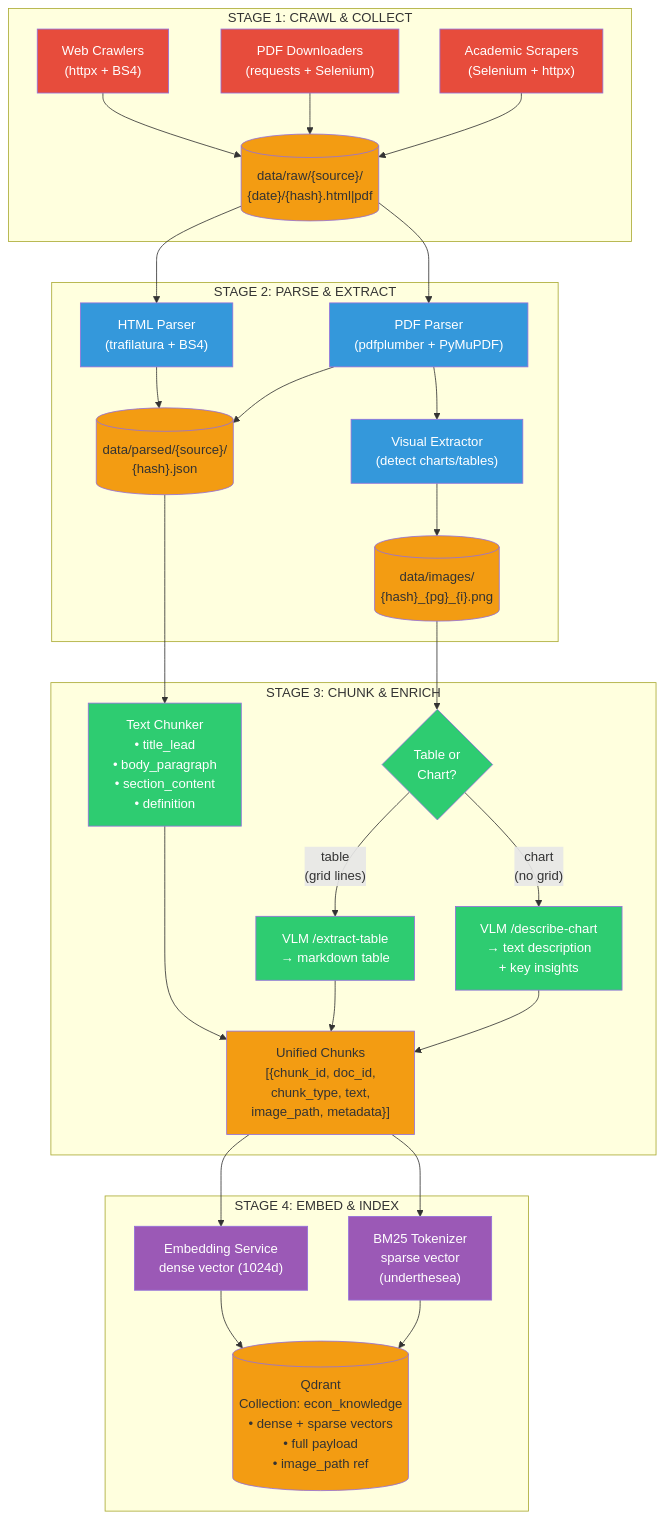
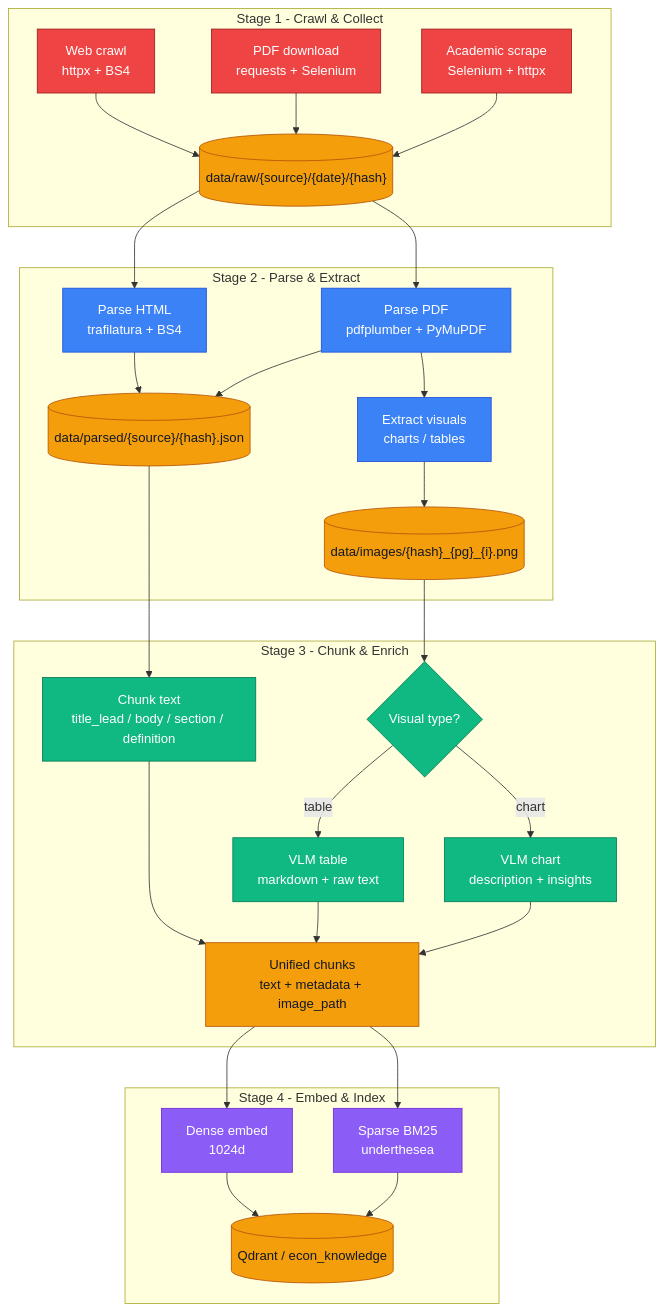
One commit to minhquana1906/Multimodal-Economic-RAG-Assistant changed the diagram in docs/diagrams/11_data_pipeline_flow.mmd. Above: the diagram before and after it, drawn with Mermaid. The commit also changed 11 other files, not shown here.

Commit message:
docs(diagrams): refresh multimodal architecture artifacts

```diff
--- a/docs/diagrams/11_data_pipeline_flow.mmd
+++ b/docs/diagrams/11_data_pipeline_flow.mmd
@@ -1,73 +1,67 @@
-flowchart TB
-    subgraph Stage1["STAGE 1: CRAWL & COLLECT"]
-        web_crawl["Web Crawlers<br/>(httpx + BS4)"]
-        pdf_crawl["PDF Downloaders<br/>(requests + Selenium)"]
-        acad_crawl["Academic Scrapers<br/>(Selenium + httpx)"]
-
-        web_crawl --> raw_store
-        pdf_crawl --> raw_store
-        acad_crawl --> raw_store
-
-        raw_store[("data/raw/{source}/<br/>{date}/{hash}.html|pdf")]
+flowchart TD
+    subgraph s1["Stage 1 - Crawl & Collect"]
+        web_crawl["Web crawl<br/>httpx + BS4"]
+        pdf_crawl["PDF download<br/>requests + Selenium"]
+        acad_crawl["Academic scrape<br/>Selenium + httpx"]
+        raw_store[("data/raw/{source}/{date}/{hash}")]
     end
 
-    subgraph Stage2["STAGE 2: PARSE & EXTRACT"]
-        html_parse["HTML Parser<br/>(trafilatura + BS4)"]
-        pdf_parse["PDF Parser<br/>(pdfplumber + PyMuPDF)"]
-        vis_extract["Visual Extractor<br/>(detect charts/tables)"]
-
-        raw_store --> html_parse
-        raw_store --> pdf_parse
-        pdf_parse --> vis_extract
-
-        html_parse --> parsed_store
-        pdf_parse --> parsed_store
-        vis_extract --> image_store
-
-        parsed_store[("data/parsed/{source}/<br/>{hash}.json")]
-        image_store[("data/images/<br/>{hash}_{pg}_{i}.png")]
+    subgraph s2["Stage 2 - Parse & Extract"]
+        html_parse["Parse HTML<br/>trafilatura + BS4"]
+        pdf_parse["Parse PDF<br/>pdfplumber + PyMuPDF"]
+        vis_extract["Extract visuals<br/>charts / tables"]
+        parsed_store[("data/parsed/{source}/{hash}.json")]
+        image_store[("data/images/{hash}_{pg}_{i}.png")]
     end
 
-    subgraph Stage3["STAGE 3: CHUNK & ENRICH"]
-        text_chunk["Text Chunker<br/>• title_lead<br/>• body_paragraph<br/>• section_content<br/>• definition"]
-
-        vlm_table["VLM /extract-table<br/>→ markdown table"]
-        vlm_chart["VLM /describe-chart<br/>→ text description<br/>+ key insights"]
-
-        parsed_store --> text_chunk
-        image_store --> classify{"Table or<br/>Chart?"}
-        classify -->|"table<br/>(grid lines)"| vlm_table
-        classify -->|"chart<br/>(no grid)"| vlm_chart
-
-        text_chunk --> unified
-        vlm_table --> unified
-        vlm_chart --> unified
-
-        unified["Unified Chunks<br/>[{chunk_id, doc_id,<br/>chunk_type, text,<br/>image_path, metadata}]"]
+    subgraph s3["Stage 3 - Chunk & Enrich"]
+        text_chunk["Chunk text<br/>title_lead / body / section / definition"]
+        classify{"Visual type?"}
+        vlm_table["VLM table<br/>markdown + raw text"]
+        vlm_chart["VLM chart<br/>description + insights"]
+        unified["Unified chunks<br/>text + metadata + image_path"]
     end
 
-    subgraph Stage4["STAGE 4: EMBED & INDEX"]
-        embed_dense["Embedding Service<br/>dense vector (1024d)"]
-        embed_sparse["BM25 Tokenizer<br/>sparse vector<br/>(underthesea)"]
-
-        unified --> embed_dense
-        unified --> embed_sparse
-
-        embed_dense --> qdrant
-        embed_sparse --> qdrant
-
-        qdrant[("Qdrant<br/>Collection: econ_knowledge<br/>• dense + sparse vectors<br/>• full payload<br/>• image_path ref")]
+    subgraph s4["Stage 4 - Embed & Index"]
+        embed_dense["Dense embed<br/>1024d"]
+        embed_sparse["Sparse BM25<br/>underthesea"]
+        qdrant[("Qdrant / econ_knowledge")]
     end
 
-    %% Styling
-    classDef crawl fill:#e74c3c,color:#fff
-    classDef parse fill:#3498db,color:#fff
-    classDef enrich fill:#2ecc71,color:#fff
-    classDef index fill:#9b59b6,color:#fff
-    classDef store fill:#f39c12,color:#333
+    web_crawl --> raw_store
+    pdf_crawl --> raw_store
+    acad_crawl --> raw_store
+
+    raw_store --> html_parse
+    raw_store --> pdf_parse
+    pdf_parse --> vis_extract
+
+    html_parse --> parsed_store
+    pdf_parse --> parsed_store
+    vis_extract --> image_store
+
+    parsed_store --> text_chunk
+    image_store --> classify
+    classify -->|table| vlm_table
+    classify -->|chart| vlm_chart
+
+    text_chunk --> unified
+    vlm_table --> unified
+    vlm_chart --> unified
+
+    unified --> embed_dense
+    unified --> embed_sparse
+    embed_dense --> qdrant
+    embed_sparse --> qdrant
+
+    classDef crawl fill:#ef4444,color:#fff,stroke:#991b1b
+    classDef parse fill:#3b82f6,color:#fff,stroke:#1d4ed8
+    classDef enrich fill:#10b981,color:#fff,stroke:#047857
+    classDef index fill:#8b5cf6,color:#fff,stroke:#6d28d9
+    classDef store fill:#f59e0b,color:#111827,stroke:#b45309
 
     class web_crawl,pdf_crawl,acad_crawl crawl
     class html_parse,pdf_parse,vis_extract parse
-    class text_chunk,vlm_table,vlm_chart,classify enrich
+    class text_chunk,classify,vlm_table,vlm_chart enrich
     class embed_dense,embed_sparse index
     class raw_store,parsed_store,image_store,unified,qdrant store
```
